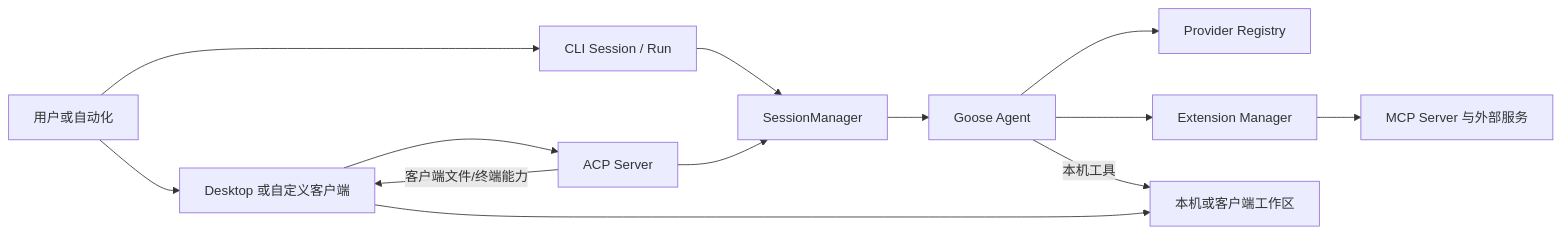
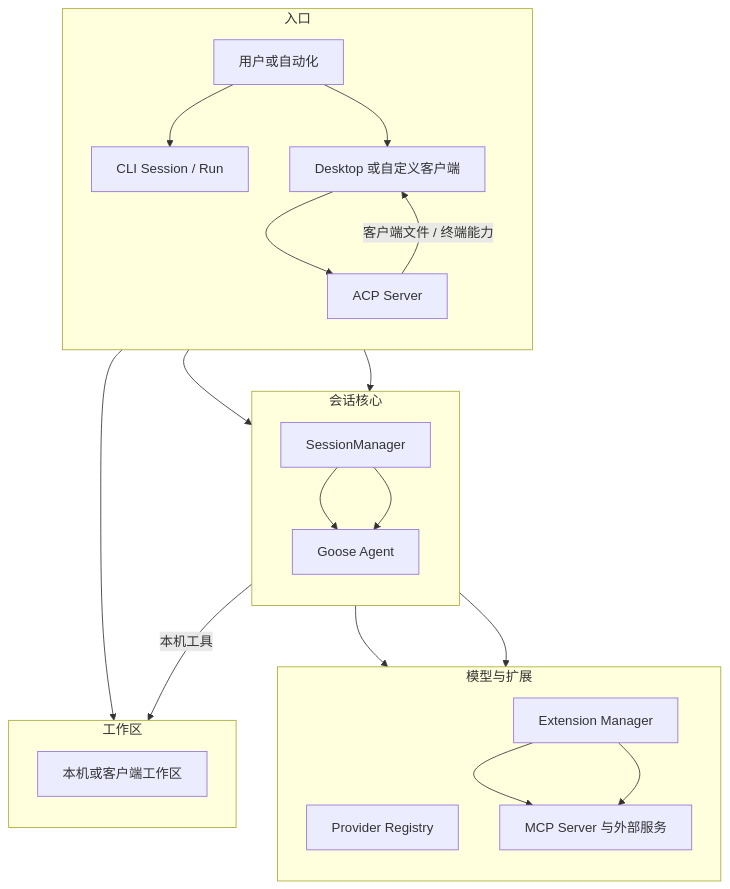
One commit to specialpointcentral/harness changed the diagram in docs/harness-survey/28_goose.md. Above: the diagram before and after it, drawn with Mermaid. The commit also changed 18 other files, not shown here.

First line of the commit message:
docs: improve diagram layouts and tidy supporting files

````diff
--- a/docs/harness-survey/28_goose.md
+++ b/docs/harness-survey/28_goose.md
@@ -37,26 +37,38 @@
 ```mermaid
-flowchart LR
-  U[用户或自动化]
-  C[CLI Session / Run]
-  D[Desktop 或自定义客户端]
-  A[ACP Server]
-  S[SessionManager]
-  G[Goose Agent]
-  P[Provider Registry]
-  E[Extension Manager]
-  W[本机或客户端工作区]
-  M[MCP Server 与外部服务]
-
-  U --> C
-  U --> D
-  D --> A
+flowchart TB
+  subgraph ENTRY[入口]
+    direction TB
+    U[用户或自动化]
+    C[CLI Session / Run]
+    D[Desktop 或自定义客户端]
+    A[ACP Server]
+    U --> C
+    U --> D --> A
+  end
+  subgraph SESSION[会话核心]
+    direction TB
+    S[SessionManager]
+    G[Goose Agent]
+    S --> G
+  end
+  subgraph EXT[模型与扩展]
+    direction TB
+    P[Provider Registry]
+    E[Extension Manager]
+    M[MCP Server 与外部服务]
+    E --> M
+  end
+  subgraph WORK[工作区]
+    direction TB
+    W[本机或客户端工作区]
+  end
   C --> S
   A --> S
   S --> G
   G --> P
   G --> E
   E --> M
   G -->|本机工具| W
-  A -->|客户端文件/终端能力| D
+  A -->|客户端文件 / 终端能力| D
   D --> W
 ```
````
